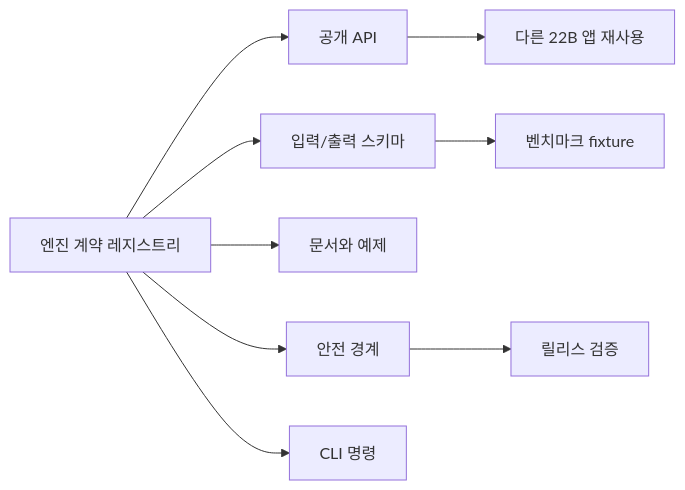
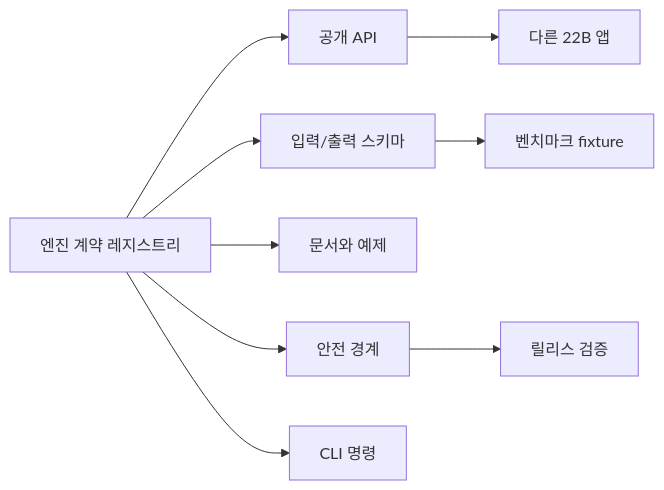
The diagram in docs/engine_contracts.ko.md (sinmb79/22b-paideia-engines), drawn with Mermaid before and after one commit. The commit also changed other lines of this file and 13 other files, not shown here.

````diff
--- a/docs/engine_contracts.ko.md
+++ b/docs/engine_contracts.ko.md
@@ -18,11 +18,11 @@
 ```mermaid
 flowchart LR
     Registry["엔진 계약 레지스트리"] --> API["공개 API"]
     Registry --> Schemas["입력/출력 스키마"]
     Registry --> Docs["문서와 예제"]
     Registry --> Safety["안전 경계"]
     Registry --> CLI["CLI 명령"]
     Safety --> Release["릴리스 검증"]
     Schemas --> Benchmarks["벤치마크 fixture"]
-    API --> Reuse["다른 22B 앱 재사용"]
+    API --> Reuse["다른 22B 앱"]
 ```
````
